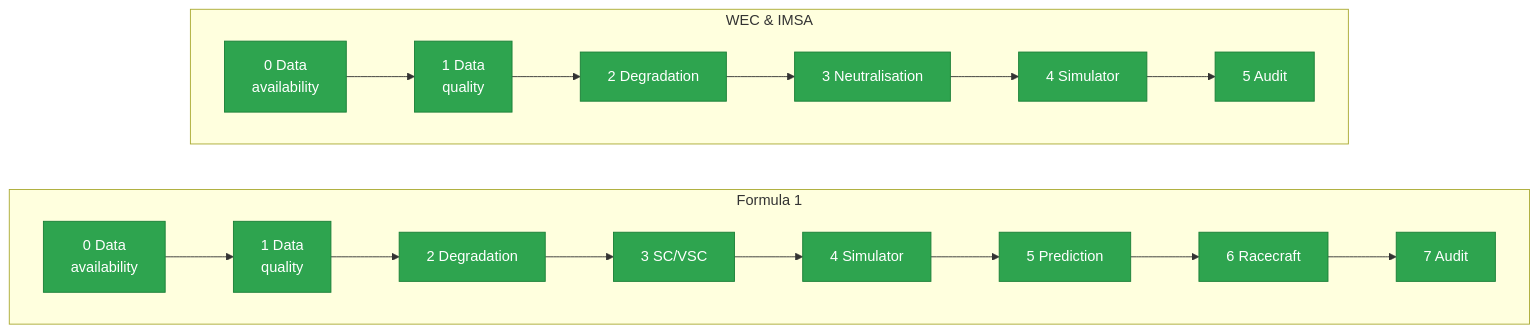
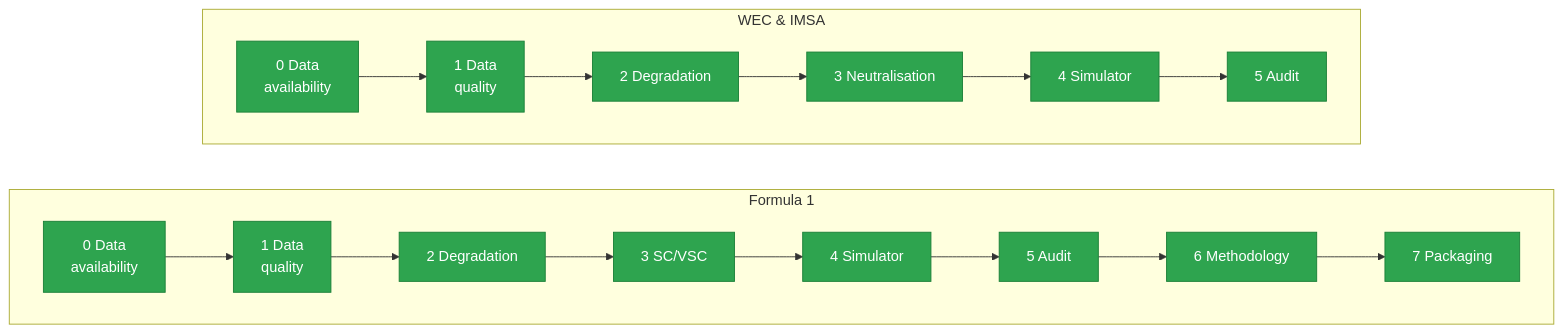
One commit to mohammedmedjadj/Motorsport-Strategy-Lab changed the second of 2 diagrams in README.md. Above: the diagram before and after it, drawn with Mermaid. The commit also changed other lines of this file and 2 other files, not shown here.

````diff
--- a/README.md
+++ b/README.md
@@ -77,15 +78,15 @@
 ```mermaid
 flowchart LR
     subgraph F1["Formula 1"]
         direction LR
-        f0["0 Data<br/>availability"] --> f1["1 Data<br/>quality"] --> f2["2 Degradation"] --> f3["3 SC/VSC"] --> f4["4 Simulator"] --> f5["5 Prediction"] --> f6["6 Racecraft"] --> f7["7 Audit"]
+        f0["0 Data<br/>availability"] --> f1["1 Data<br/>quality"] --> f2["2 Degradation"] --> f3["3 SC/VSC"] --> f4["4 Simulator"] --> f5["5 Audit"] --> f6["6 Methodology"] --> f7["7 Packaging"]
     end
     subgraph END["WEC & IMSA"]
         direction LR
         e0["0 Data<br/>availability"] --> e1["1 Data<br/>quality"] --> e2["2 Degradation"] --> e3["3 Neutralisation"] --> e4["4 Simulator"] --> e5["5 Audit"]
     end
     classDef done fill:#2ea44f,stroke:#1a7f37,color:#fff
     classDef partial fill:#FFB800,stroke:#b58600,color:#1a1a1a
     class f0,f1,f2,f3,f4,f5,f6,f7 done
     class e0,e1,e2,e3,e4,e5 done
 ```
````
